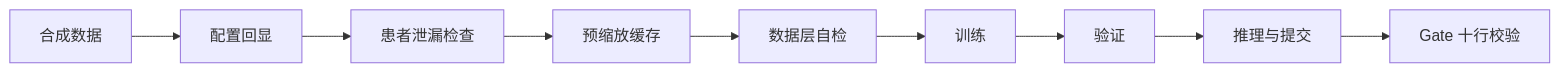
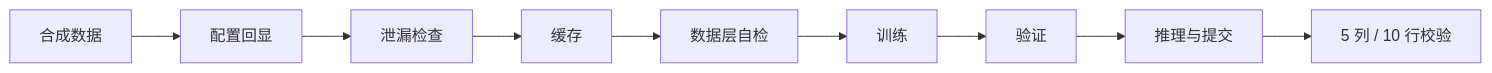
One commit to cixiy1/Yuki-blog changed the ninth of 9 diagrams in src/content/posts/chest-smart-diagnosis.md. Above: the diagram before and after it, drawn with Mermaid. The commit also changed other lines of this file, not shown here.

````diff
--- a/src/content/posts/chest-smart-diagnosis.md
+++ b/src/content/posts/chest-smart-diagnosis.md
@@ -425,4 +537,11 @@
 ```mermaid
 flowchart LR
-  S1["合成数据"] --> S2["配置回显"] --> S3["患者泄漏检查"] --> S4["预缩放缓存"] --> S5["数据层自检"] --> S6["训练"] --> S7["验证"] --> S8["推理与提交"] --> S9["Gate 十行校验"]
+  S1["合成数据"] --> S2["配置回显"]
+  S2 --> S3["泄漏检查"]
+  S3 --> S4["缓存"]
+  S4 --> S5["数据层自检"]
+  S5 --> S6["训练"]
+  S6 --> S7["验证"]
+  S7 --> S8["推理与提交"]
+  S8 --> S9["5 列 / 10 行校验"]
 ```
````
